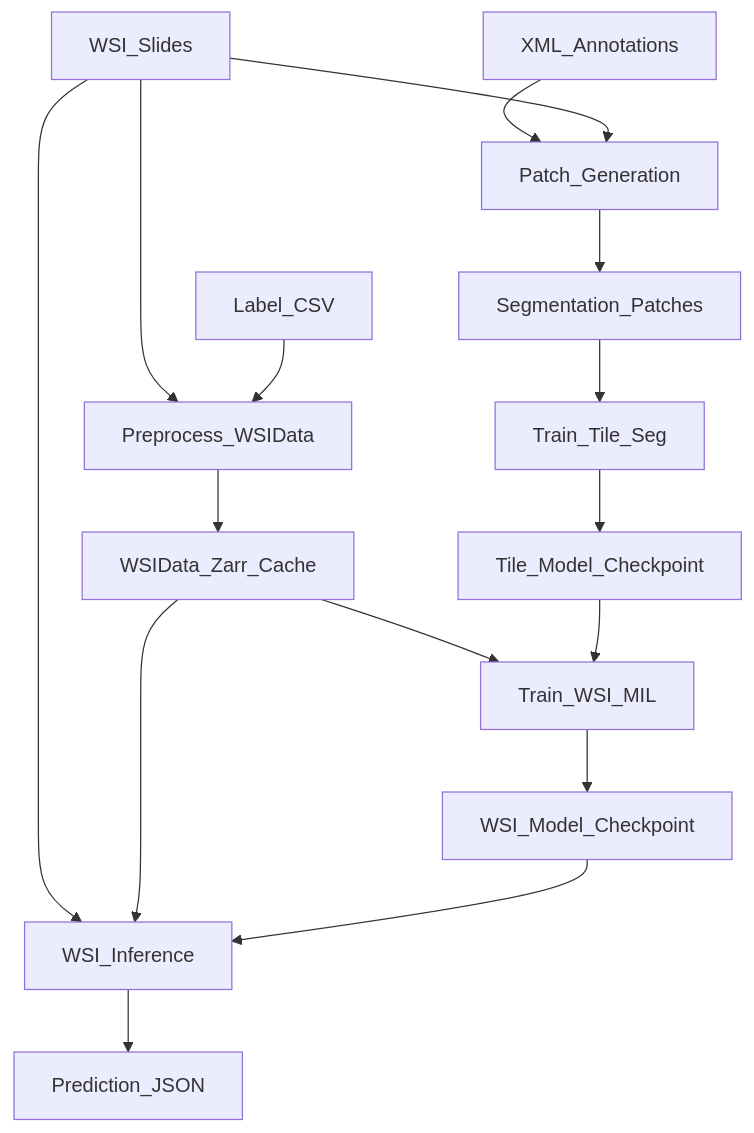
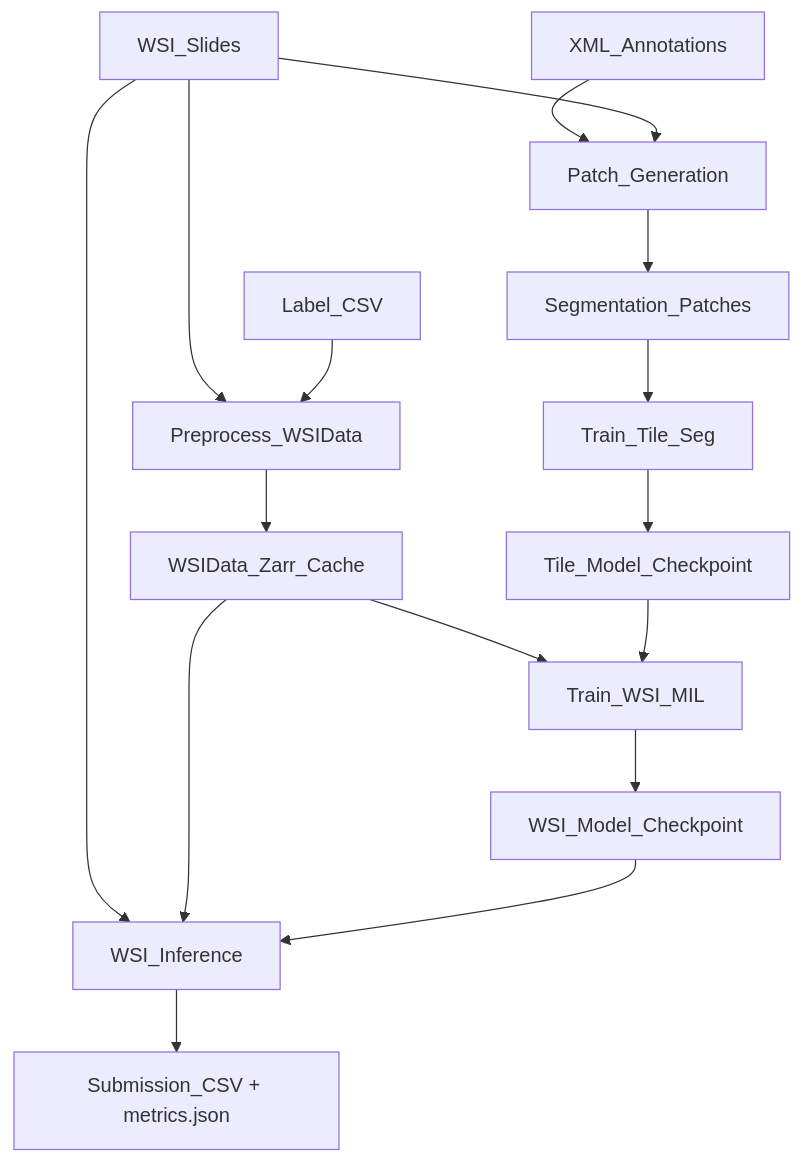
Before and after one commit to Cauch-BS/kidpro: the diagram in docs/architecture.md, drawn with Mermaid. The commit also changed other lines of this file and 30 other files, not shown here.

````diff
--- a/docs/architecture.md
+++ b/docs/architecture.md
@@ -8,20 +8,20 @@
 ```mermaid
 flowchart TD
   WSI[WSI_Slides] --> Preprocess[Preprocess_WSIData]
   Labels[Label_CSV] --> Preprocess
   Preprocess --> WSIDataCache[WSIData_Zarr_Cache]
   WSIDataCache --> TrainWSI[Train_WSI_MIL]
   TrainWSI --> WSIModel[WSI_Model_Checkpoint]
 
   XML[XML_Annotations] --> PatchGen[Patch_Generation]
   WSI --> PatchGen
   PatchGen --> PatchDataset[Segmentation_Patches]
   PatchDataset --> TrainTile[Train_Tile_Seg]
   TrainTile --> TileModel[Tile_Model_Checkpoint]
   TileModel --> TrainWSI
 
   WSI --> Inference[WSI_Inference]
   WSIDataCache --> Inference
   WSIModel --> Inference
-  Inference --> Prediction[Prediction_JSON]
+  Inference --> Prediction[Submission_CSV + metrics.json]
 ```
````
